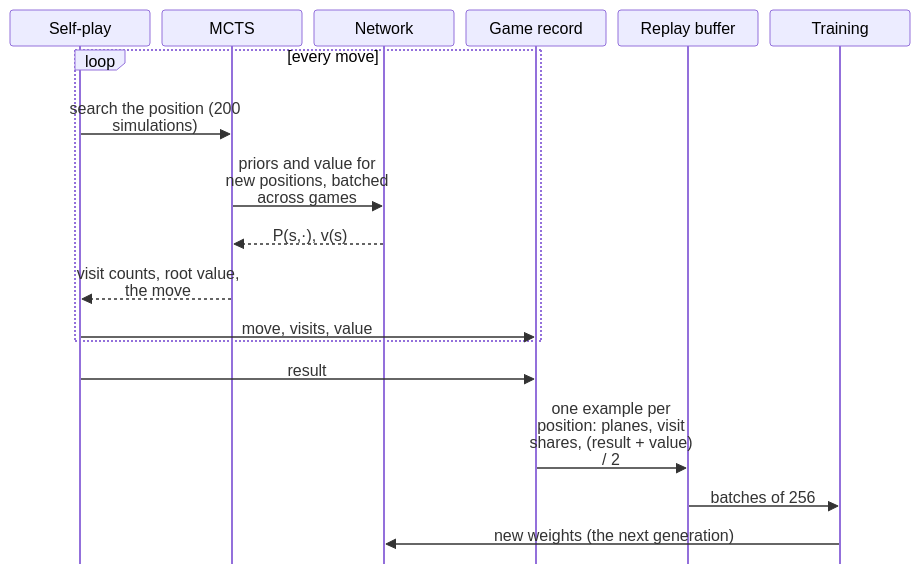
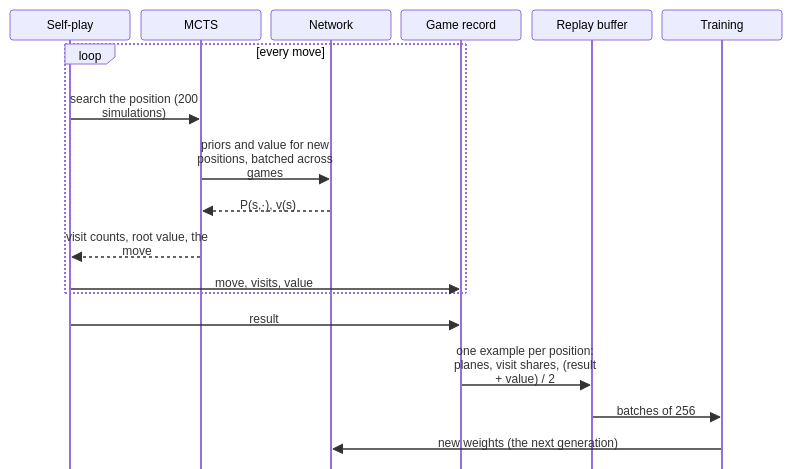
Before and after one commit to Aditya-00786/csf407-fable-chaturanga-zero: the second of 2 diagrams in docs/ARCHITECTURE.md, drawn with Mermaid. The commit also changed 1 other file, not shown here.

Commit message:
docs: smaller sequence diagrams, at the 12px text they were meant to have
Sequence diagrams take their text size only from a top-level fontSize,
so the two here had been drawn at the default 16px. With 12px and
narrower lanes, the sequence of a game becoming training data is
874 x 459 px (was 1001 x 604) and a run on a server 796 x 590 (was
948 x 741), nothing left out.

````diff
--- a/docs/ARCHITECTURE.md
+++ b/docs/ARCHITECTURE.md
@@ -55,21 +55,21 @@
 ```mermaid
-%%{init: {"sequence": {"wrap": true, "width": 140, "height": 36, "actorMargin": 12, "messageMargin": 12, "boxMargin": 4, "noteMargin": 4, "mirrorActors": false, "messageFontSize": 12, "actorFontSize": 12, "noteFontSize": 12}, "themeVariables": {"fontSize": "12px"}}}%%
+%%{init: {"fontSize": 12, "sequence": {"wrap": true, "width": 120, "height": 30, "actorMargin": 10, "messageMargin": 10, "boxMargin": 4, "noteMargin": 4, "mirrorActors": false}}}%%
 sequenceDiagram
     participant SP as Self-play
     participant M as MCTS
     participant N as Network
     participant R as Game record
     participant B as Replay buffer
     participant T as Training
     loop every move
         SP->>M: search the position (200 simulations)
         M->>N: priors and value for new positions, batched across games
         N-->>M: P(s,·), v(s)
         M-->>SP: visit counts, root value, the move
         SP->>R: move, visits, value
     end
     SP->>R: result
     R->>B: one example per position: planes, visit shares, (result + value) / 2
     B->>T: batches of 256
     T->>N: new weights (the next generation)
 ```
````
